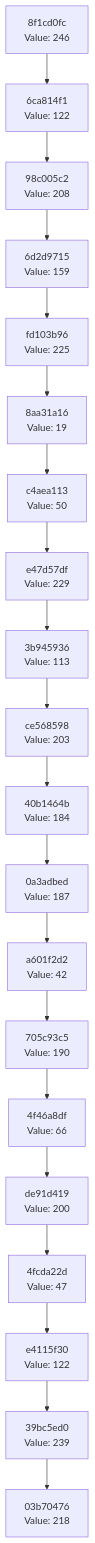
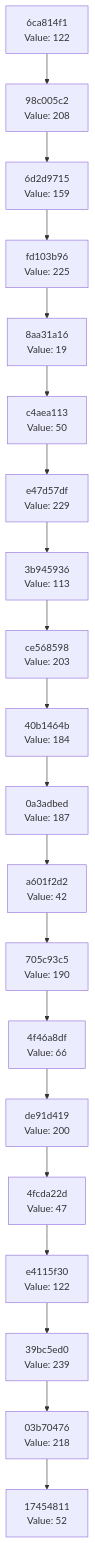
One commit to Abhisheksinha1506/hash-chain-evolver changed the diagram in docs/CHAIN_VISUALIZATION.md. Above: the diagram before and after it, drawn with Mermaid. The commit also changed 2 other files, not shown here.

Commit message:
Evolution Step

````diff
--- a/docs/CHAIN_VISUALIZATION.md
+++ b/docs/CHAIN_VISUALIZATION.md
@@ -3,42 +3,42 @@
 ```mermaid
 graph TD
-    C0["03b70476<br/>Value: 218"]
-    C1["39bc5ed0<br/>Value: 239"]
+    C0["17454811<br/>Value: 52"]
+    C1["03b70476<br/>Value: 218"]
     C1 --> C0
-    C2["e4115f30<br/>Value: 122"]
+    C2["39bc5ed0<br/>Value: 239"]
     C2 --> C1
-    C3["4fcda22d<br/>Value: 47"]
+    C3["e4115f30<br/>Value: 122"]
     C3 --> C2
-    C4["de91d419<br/>Value: 200"]
+    C4["4fcda22d<br/>Value: 47"]
     C4 --> C3
-    C5["4f46a8df<br/>Value: 66"]
+    C5["de91d419<br/>Value: 200"]
     C5 --> C4
-    C6["705c93c5<br/>Value: 190"]
+    C6["4f46a8df<br/>Value: 66"]
     C6 --> C5
-    C7["a601f2d2<br/>Value: 42"]
+    C7["705c93c5<br/>Value: 190"]
     C7 --> C6
-    C8["0a3adbed<br/>Value: 187"]
+    C8["a601f2d2<br/>Value: 42"]
     C8 --> C7
-    C9["40b1464b<br/>Value: 184"]
+    C9["0a3adbed<br/>Value: 187"]
     C9 --> C8
-    C10["ce568598<br/>Value: 203"]
+    C10["40b1464b<br/>Value: 184"]
     C10 --> C9
-    C11["3b945936<br/>Value: 113"]
+    C11["ce568598<br/>Value: 203"]
     C11 --> C10
-    C12["e47d57df<br/>Value: 229"]
+    C12["3b945936<br/>Value: 113"]
     C12 --> C11
-    C13["c4aea113<br/>Value: 50"]
+    C13["e47d57df<br/>Value: 229"]
     C13 --> C12
-    C14["8aa31a16<br/>Value: 19"]
+    C14["c4aea113<br/>Value: 50"]
     C14 --> C13
-    C15["fd103b96<br/>Value: 225"]
+    C15["8aa31a16<br/>Value: 19"]
     C15 --> C14
-    C16["6d2d9715<br/>Value: 159"]
+    C16["fd103b96<br/>Value: 225"]
     C16 --> C15
-    C17["98c005c2<br/>Value: 208"]
+    C17["6d2d9715<br/>Value: 159"]
     C17 --> C16
-    C18["6ca814f1<br/>Value: 122"]
+    C18["98c005c2<br/>Value: 208"]
     C18 --> C17
-    C19["8f1cd0fc<br/>Value: 246"]
+    C19["6ca814f1<br/>Value: 122"]
     C19 --> C18
 ```
````
